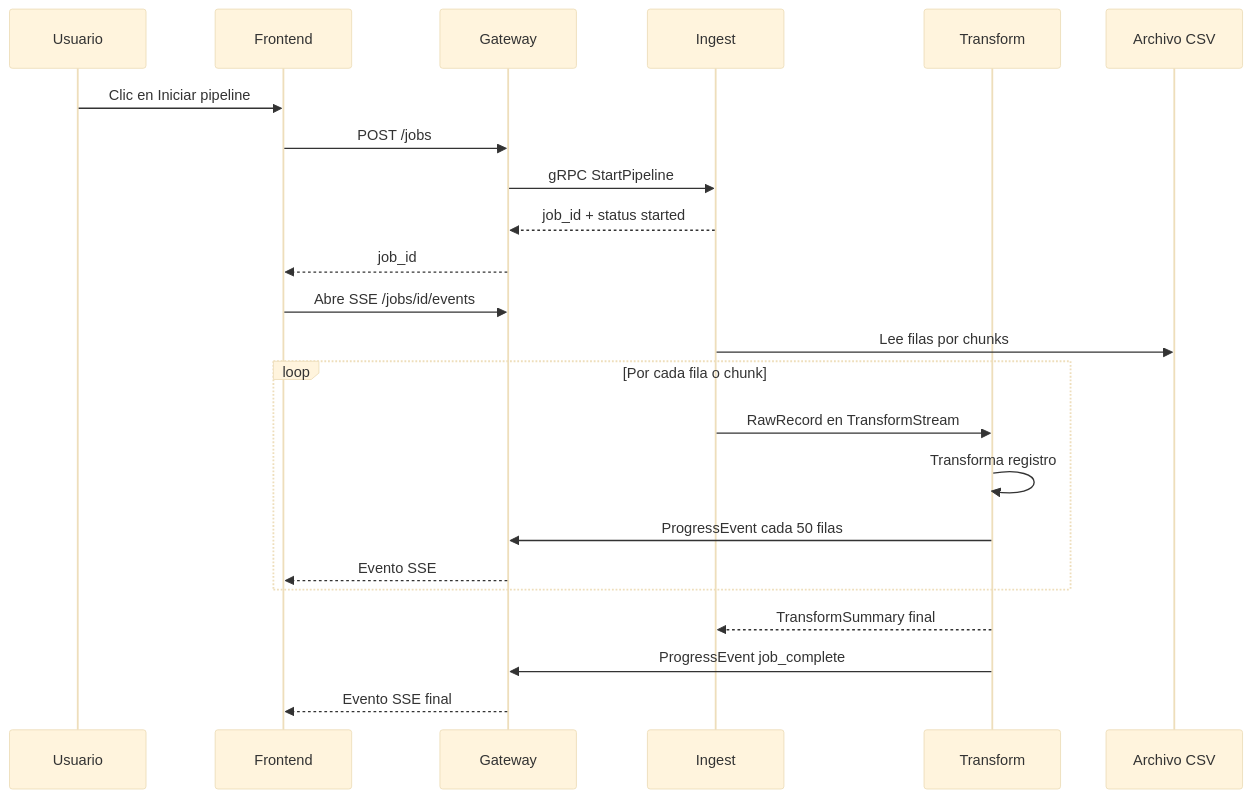
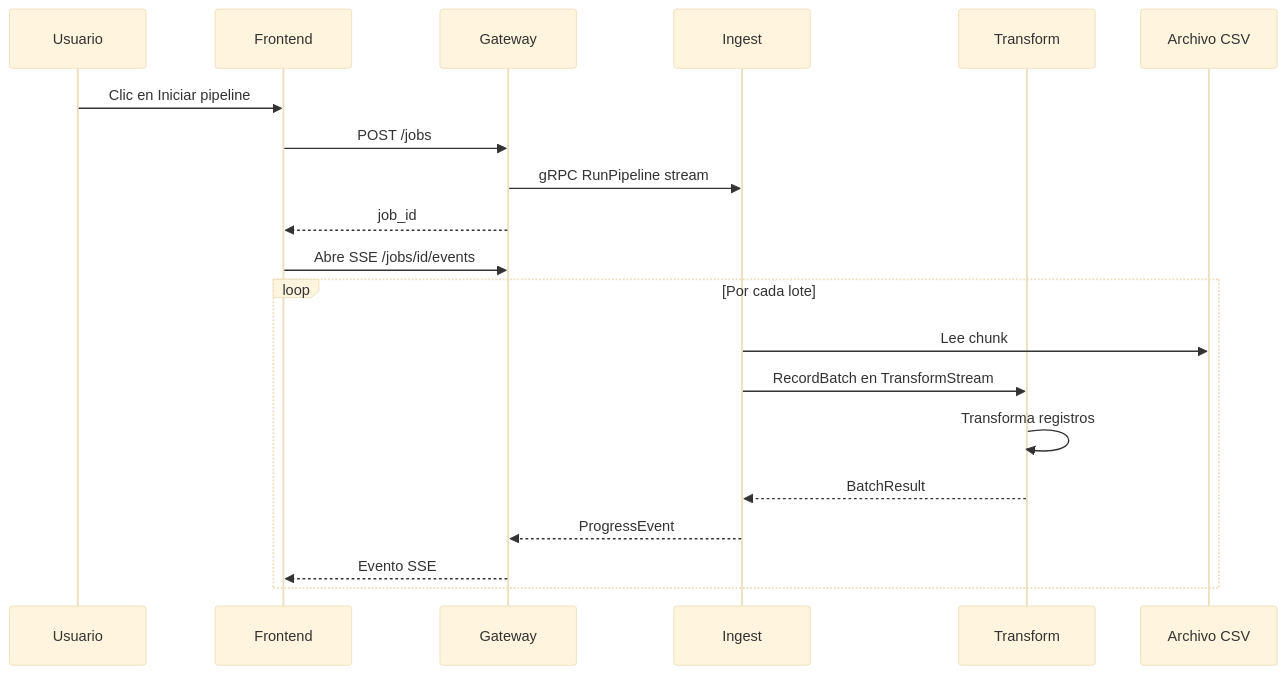
One commit to cccg8105/cccg_grpc_demo changed the sixth of 16 diagrams in docs/GUIA_DIDACTICA.md. Above: the diagram before and after it, drawn with Mermaid (base theme). The commit also changed other lines of this file and 46 other files, not shown here.

````diff
--- a/docs/GUIA_DIDACTICA.md
+++ b/docs/GUIA_DIDACTICA.md
@@ -175,29 +174,25 @@
 ```mermaid
 sequenceDiagram
   participant User as Usuario
   participant UI as Frontend
   participant GW as Gateway
   participant ING as Ingest
   participant TRF as Transform
   participant CSV as Archivo CSV
 
   User->>UI: Clic en Iniciar pipeline
   UI->>GW: POST /jobs
-  GW->>ING: gRPC StartPipeline
-  ING-->>GW: job_id + status started
+  GW->>ING: gRPC RunPipeline stream
   GW-->>UI: job_id
 
   UI->>GW: Abre SSE /jobs/id/events
 
-  ING->>CSV: Lee filas por chunks
-  loop Por cada fila o chunk
-    ING->>TRF: RawRecord en TransformStream
-    TRF->>TRF: Transforma registro
-    TRF->>GW: ProgressEvent cada 50 filas
+  loop Por cada lote
+    ING->>CSV: Lee chunk
+    ING->>TRF: RecordBatch en TransformStream
+    TRF->>TRF: Transforma registros
+    TRF-->>ING: BatchResult
+    ING-->>GW: ProgressEvent
     GW-->>UI: Evento SSE
   end
-
-  TRF-->>ING: TransformSummary final
-  TRF->>GW: ProgressEvent job_complete
-  GW-->>UI: Evento SSE final
 ```
````
